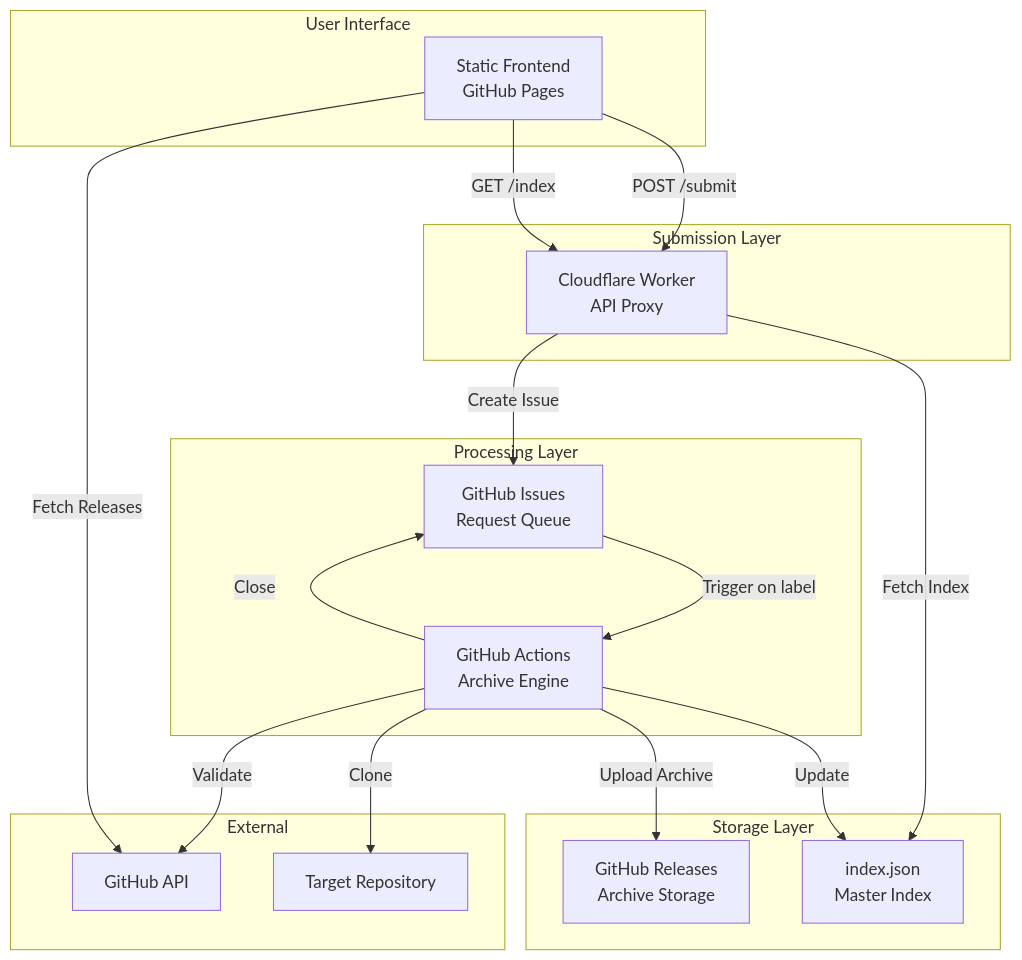
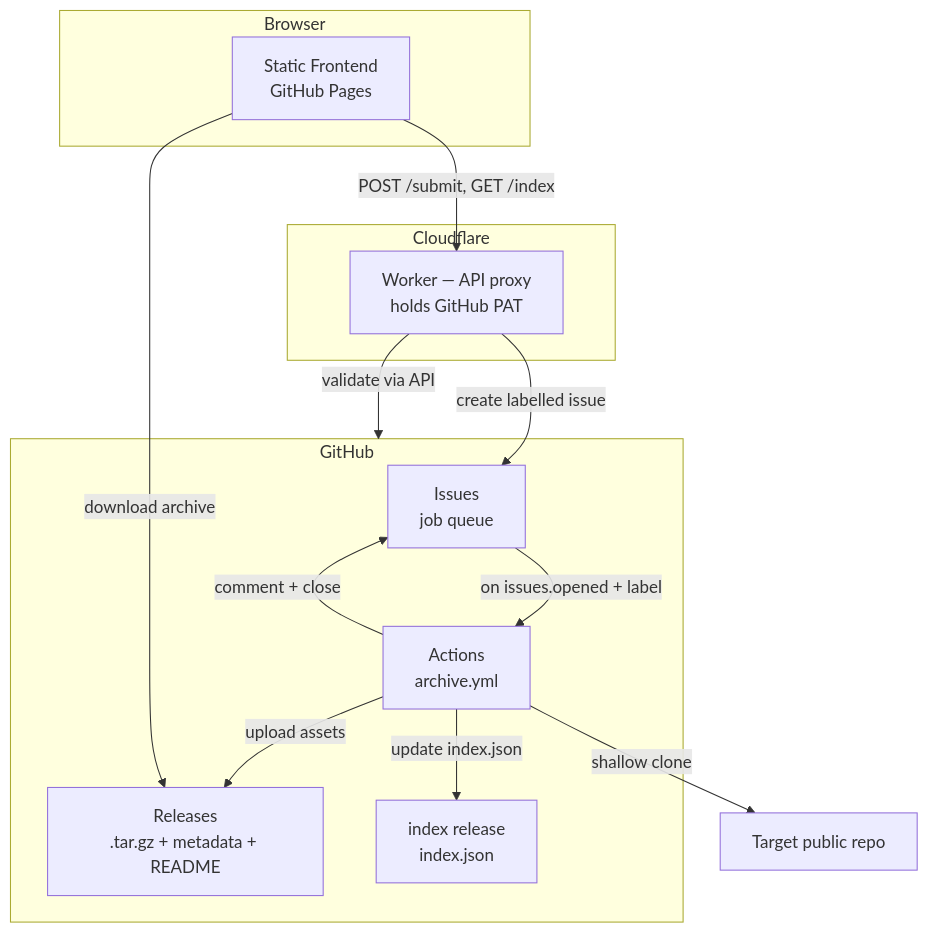
Before and after one commit to Technical-1/Git-Archiver-Web: the first of 3 diagrams in .portfolio/architecture.md, drawn with Mermaid. The commit also changed other lines of this file and 3 other files, not shown here.

````diff
--- a/.portfolio/architecture.md
+++ b/.portfolio/architecture.md
@@ -7,37 +5,29 @@
 ```mermaid
 flowchart TB
-    subgraph User["User Interface"]
+    subgraph Browser["Browser"]
         FE[Static Frontend<br/>GitHub Pages]
     end
 
-    subgraph Submission["Submission Layer"]
-        CW[Cloudflare Worker<br/>API Proxy]
+    subgraph CF["Cloudflare"]
+        CW[Worker — API proxy<br/>holds GitHub PAT]
     end
 
-    subgraph Processing["Processing Layer"]
-        GI[GitHub Issues<br/>Request Queue]
-        GA[GitHub Actions<br/>Archive Engine]
+    subgraph GH["GitHub"]
+        GI[Issues<br/>job queue]
+        GA[Actions<br/>archive.yml]
+        GR[Releases<br/>.tar.gz + metadata + README]
+        IDX[index release<br/>index.json]
     end
 
-    subgraph Storage["Storage Layer"]
-        GR[GitHub Releases<br/>Archive Storage]
-        IDX[index.json<br/>Master Index]
-    end
+    REPO[Target public repo]
 
-    subgraph External["External"]
-        GHAPI[GitHub API]
-        REPO[Target Repository]
-    end
-
-    FE -->|POST /submit| CW
-    FE -->|GET /index| CW
-    CW -->|Create Issue| GI
-    CW -->|Fetch Index| IDX
-    GI -->|Trigger on label| GA
-    GA -->|Clone| REPO
-    GA -->|Validate| GHAPI
-    GA -->|Upload Archive| GR
-    GA -->|Update| IDX
-    GA -->|Close| GI
-    FE -->|Fetch Releases| GHAPI
+    FE -->|POST /submit, GET /index| CW
+    CW -->|validate via API| GH
+    CW -->|create labelled issue| GI
+    GI -->|on issues.opened + label| GA
+    GA -->|shallow clone| REPO
+    GA -->|upload assets| GR
+    GA -->|update index.json| IDX
+    GA -->|comment + close| GI
+    FE -->|download archive| GR
 ```
````
